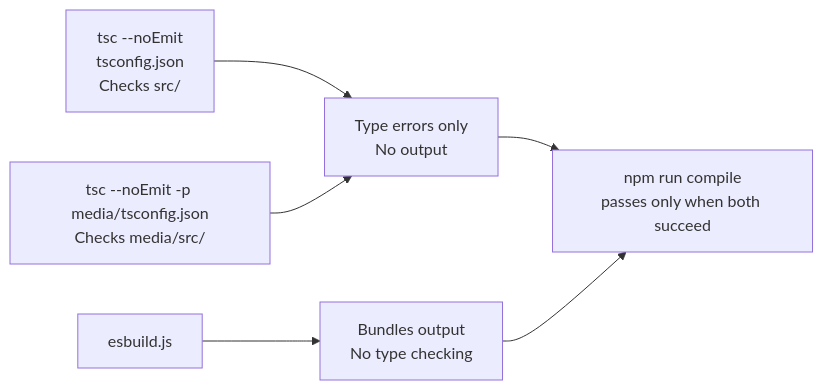
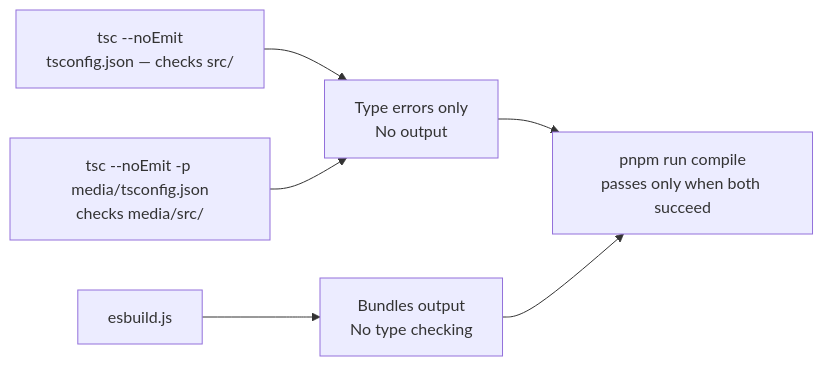
One commit to RogerReed/agentlens changed diagram 18 of 18 in ARCHITECTURE.md. Above: the diagram before and after it, drawn with Mermaid. The commit also changed other lines of this file, not shown here.

Commit message:
docs: rewrite ARCHITECTURE.md for phases 1–4 (SQLite storage, analytics, tab changes)

````diff
--- a/ARCHITECTURE.md
+++ b/ARCHITECTURE.md
@@ -533,7 +726,7 @@
 ```mermaid
 graph LR
-    TSC1["tsc --noEmit\ntsconfig.json\nChecks src/"] --> TC_ONLY[Type errors only\nNo output]
-    TSC2["tsc --noEmit -p media/tsconfig.json\nChecks media/src/"] --> TC_ONLY
-    ESB[esbuild.js] --> BUNDLES[Bundles output\nNo type checking]
-    TC_ONLY & BUNDLES --> CI["npm run compile\npasses only when both succeed"]
+    TSC1["tsc --noEmit<br/>tsconfig.json — checks src/"] --> TC_ONLY[Type errors only<br/>No output]
+    TSC2["tsc --noEmit -p media/tsconfig.json<br/>checks media/src/"] --> TC_ONLY
+    ESB[esbuild.js] --> BUNDLES[Bundles output<br/>No type checking]
+    TC_ONLY & BUNDLES --> CI["pnpm run compile<br/>passes only when both succeed"]
 ```
````
